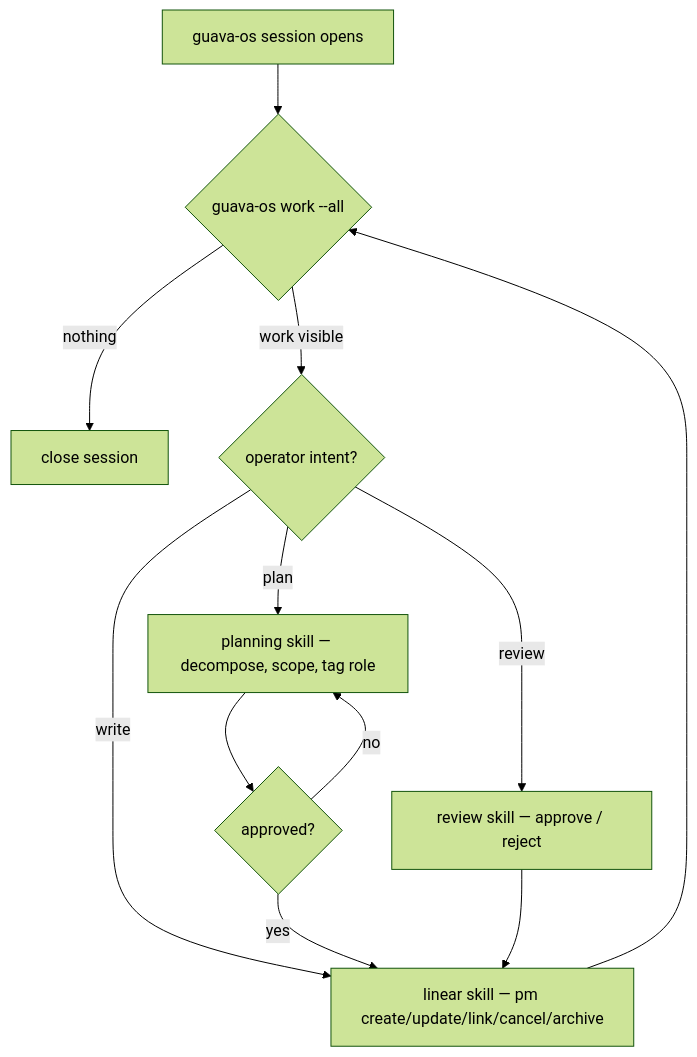
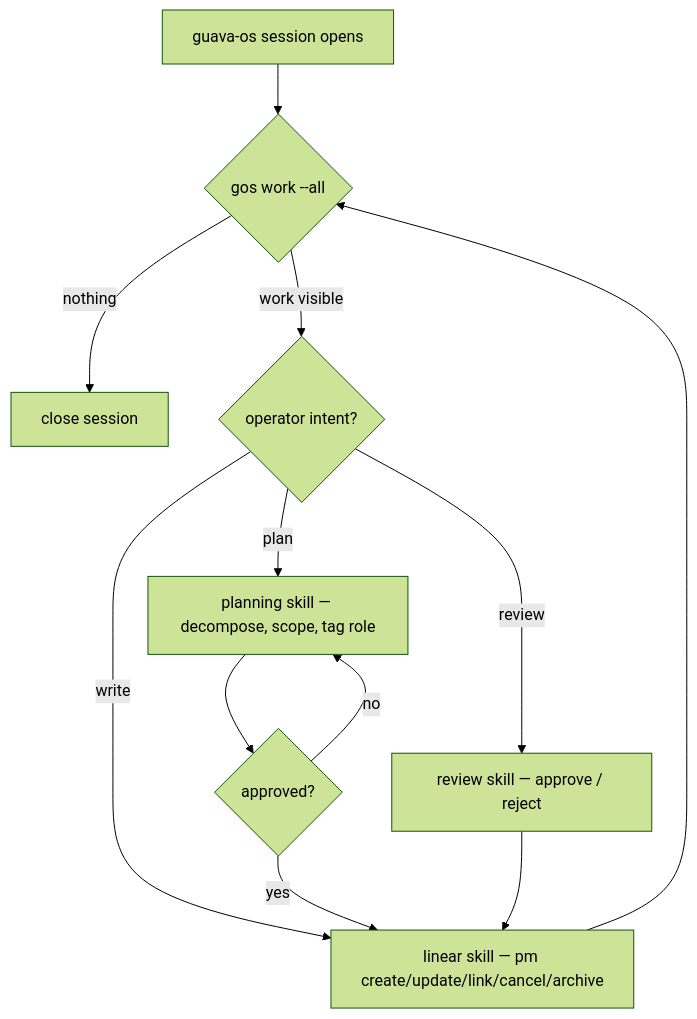
Before and after one commit to Sebastian-O-Rodriguez/guava-os: the diagram in .omp/AGENTS.md, drawn with Mermaid (forest theme). The commit also changed other lines of this file and 30 other files, not shown here.

````diff
--- a/.omp/AGENTS.md
+++ b/.omp/AGENTS.md
@@ -18,14 +18,14 @@
 ```mermaid
 flowchart TD
-    OPEN[guava-os session opens] --> GATE{guava-os work --all}
+    OPEN[guava-os session opens] --> GATE{gos work --all}
     GATE -->|nothing| CLOSE[close session]
     GATE -->|work visible| LOOP{operator intent?}
     LOOP -->|plan| PLAN[planning skill — decompose, scope, tag role]
     LOOP -->|write| WRITE[linear skill — pm create/update/link/cancel/archive]
     LOOP -->|review| REV[review skill — approve / reject]
     PLAN --> OK{approved?}
     OK -->|yes| WRITE
     OK -->|no| PLAN
     REV --> WRITE
     WRITE --> GATE
 ```
````
